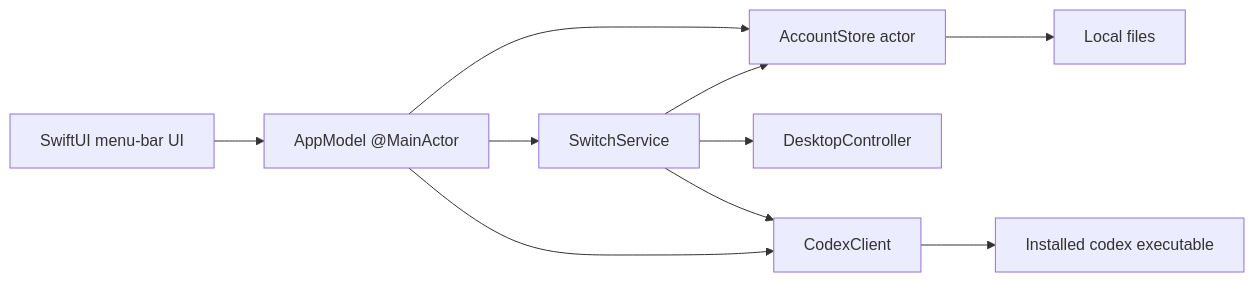
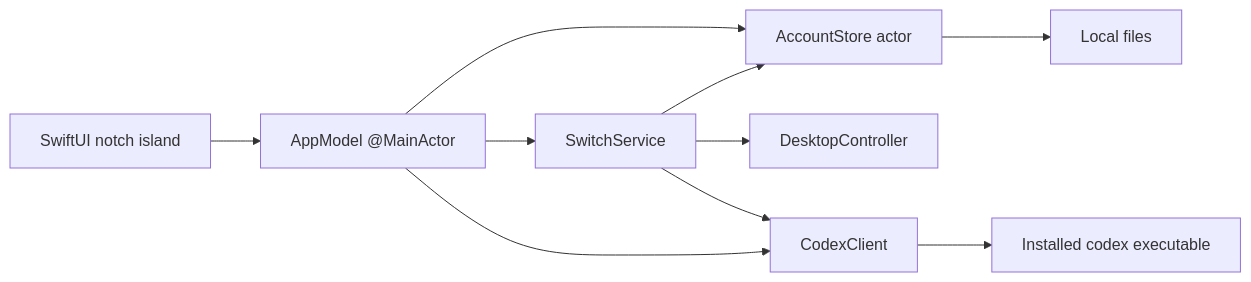
Before and after one commit to udit19199/relay: the first of 3 diagrams in notch/docs/system-design.md, drawn with Mermaid. The commit also changed other lines of this file and 22 other files, not shown here.

Commit message:
Move Sidekick to notch island

````diff
--- a/notch/docs/system-design.md
+++ b/notch/docs/system-design.md
@@ -66,20 +67,20 @@
 ```mermaid
 flowchart LR
-    UI[SwiftUI menu-bar UI]
+    UI[SwiftUI notch island]
     VM[AppModel @MainActor]
     Store[AccountStore actor]
     Switch[SwitchService]
     Codex[CodexClient]
     Desktop[DesktopController]
     FS[Local files]
 
     UI --> VM
     VM --> Store
     VM --> Switch
     VM --> Codex
     Switch --> Store
     Switch --> Desktop
     Switch --> Codex
     Store --> FS
     Codex --> CLI[Installed codex executable]
 ```
````
